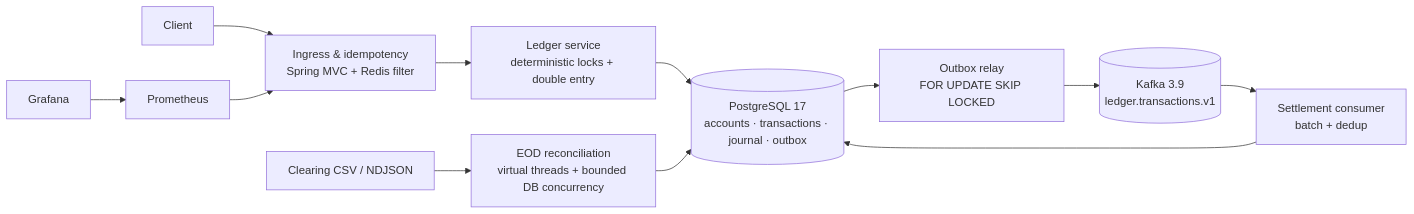
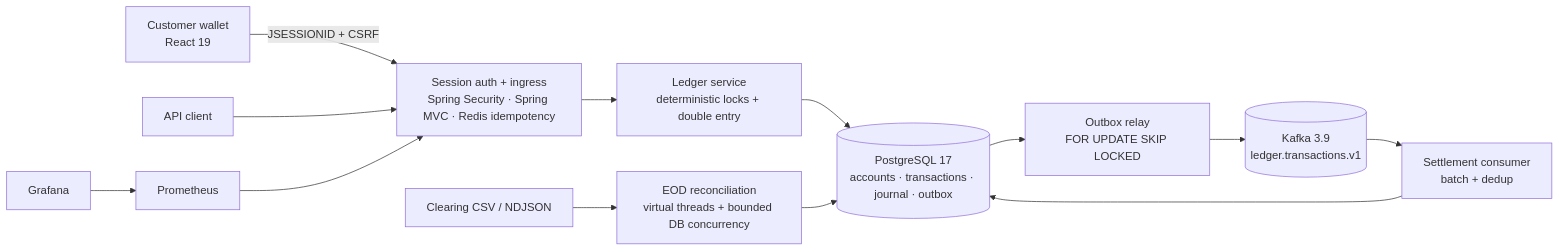
One commit to JathinShyam/SentinelPay changed the first of 2 diagrams in README.md. Above: the diagram before and after it, drawn with Mermaid. The commit also changed other lines of this file and 5 other files, not shown here.

First line of the commit message:
docs: record session auth, wallet and 46-test verification

````diff
--- a/README.md
+++ b/README.md
@@ -41,17 +42,18 @@
 ```mermaid
 flowchart LR
-    Client[Client] --> API["Ingress & idempotency<br/>Spring MVC + Redis filter"]
-    API --> Transfer["Ledger service<br/>deterministic locks + double entry"]
+    Wallet["Customer wallet<br/>React 19"] -->|JSESSIONID + CSRF| API
+    Client[API client] --> API
+    API["Session auth + ingress<br/>Spring Security · Spring MVC · Redis idempotency"] --> Transfer["Ledger service<br/>deterministic locks + double entry"]
     Transfer --> PG[("PostgreSQL 17<br/>accounts · transactions · journal · outbox")]
 
     PG --> Relay["Outbox relay<br/>FOR UPDATE SKIP LOCKED"]
     Relay --> Kafka[("Kafka 3.9<br/>ledger.transactions.v1")]
     Kafka --> Consumer["Settlement consumer<br/>batch + dedup"]
     Consumer --> PG
 
     Clearing["Clearing CSV / NDJSON"] --> Recon["EOD reconciliation<br/>virtual threads + bounded DB concurrency"]
     Recon --> PG
 
     Prom["Prometheus"] --> API
     Graf["Grafana"] --> Prom
 ```
````
